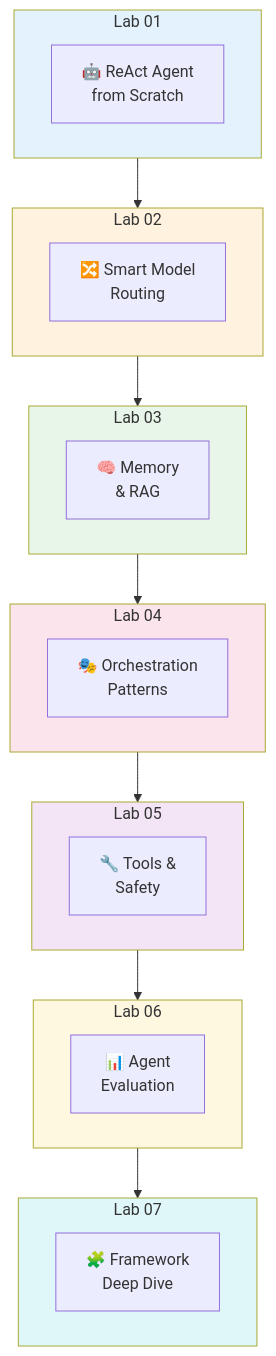
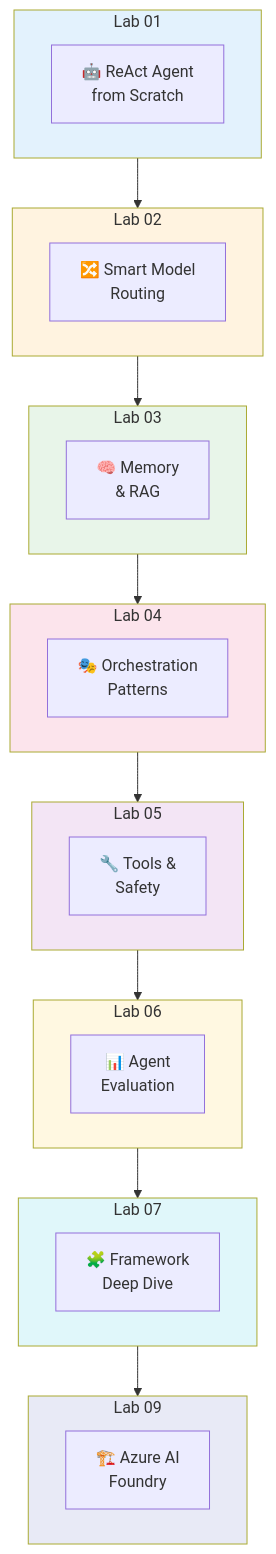
Before and after one commit to roie9876/AI-Agent-Platform: the diagram in labs/README.md, drawn with Mermaid. The commit also changed other lines of this file and 10 other files, not shown here.

First line of the commit message:
feat: add Lab 09 — Azure AI Foundry (Agents, Evaluations, Tracing)

````diff
--- a/labs/README.md
+++ b/labs/README.md
@@ -23,40 +23,45 @@
 ```mermaid
 flowchart TB
     subgraph L1["Lab 01"]
         S1["🤖 ReAct Agent<br/>from Scratch"]
     end
     
     subgraph L2["Lab 02"]
         S2["🔀 Smart Model<br/>Routing"]
     end
     
     subgraph L3["Lab 03"]
         S3["🧠 Memory<br/>& RAG"]
     end
     
     subgraph L4["Lab 04"]
         S4["🎭 Orchestration<br/>Patterns"]
     end
     
     subgraph L5["Lab 05"]
         S5["🔧 Tools &<br/>Safety"]
     end
     
     subgraph L6["Lab 06"]
         S6["📊 Agent<br/>Evaluation"]
     end
     
     subgraph L7["Lab 07"]
         S7["🧩 Framework<br/>Deep Dive"]
     end
     
-    L1 --> L2 --> L3 --> L4 --> L5 --> L6 --> L7
+    subgraph L9["Lab 09"]
+        S9["🏗️ Azure AI<br/>Foundry"]
+    end
+    
+    L1 --> L2 --> L3 --> L4 --> L5 --> L6 --> L7 --> L9
     
     style L1 fill:#e3f2fd
     style L2 fill:#fff3e0
     style L3 fill:#e8f5e9
     style L4 fill:#fce4ec
     style L5 fill:#f3e5f5
     style L6 fill:#fff8e1
     style L7 fill:#e0f7fa
+    style L9 fill:#e8eaf6
 ```
````
